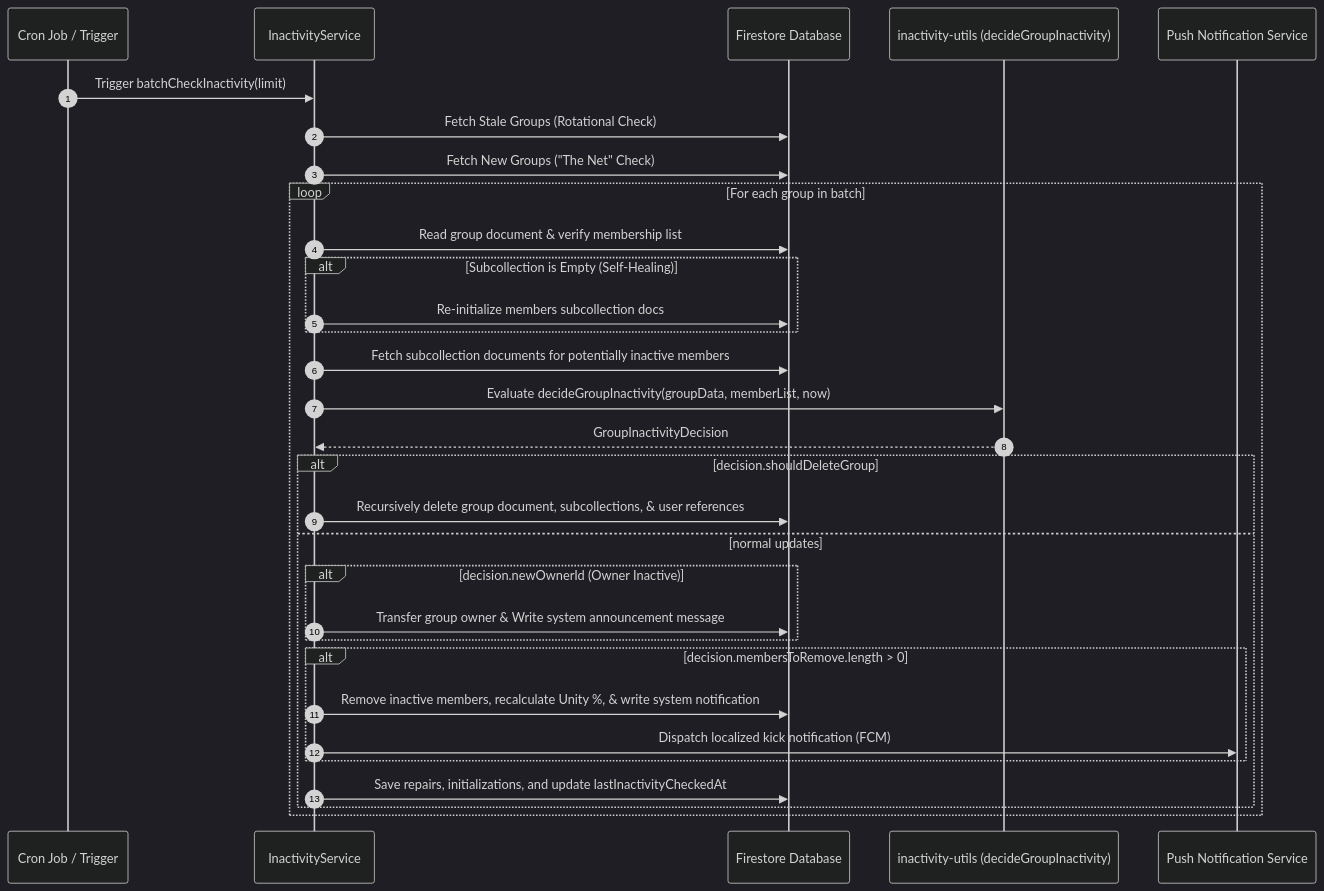
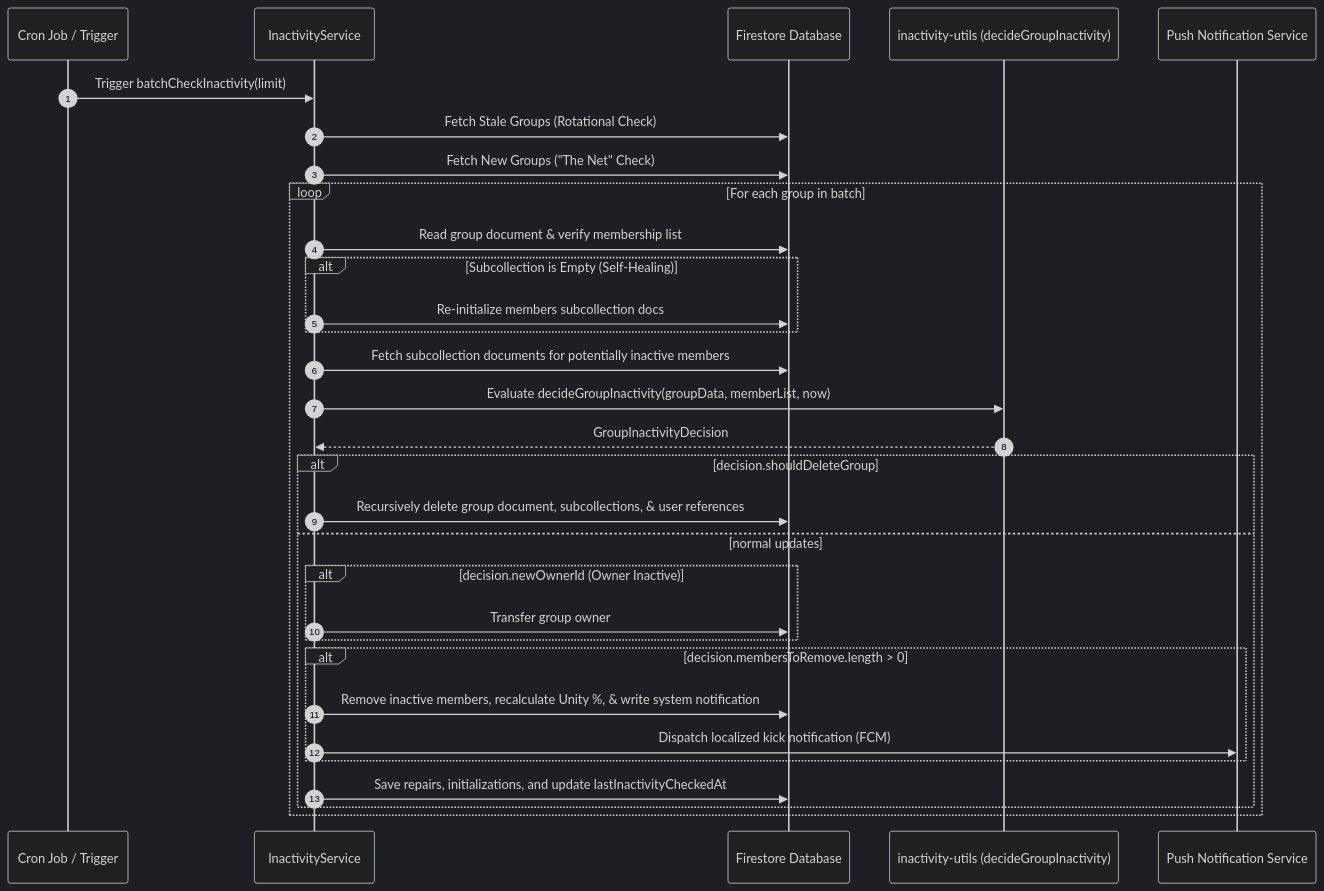
The diagram in docs/inactivity-and-autokick.md (ScriptureHabit/scripture-habit), drawn with Mermaid (dark theme) before and after one commit. The commit also changed other lines of this file and 1 other file, not shown here.

Commit message:
update documents

````diff
--- a/docs/inactivity-and-autokick.md
+++ b/docs/inactivity-and-autokick.md
@@ -13,35 +13,35 @@
 ```mermaid
 sequenceDiagram
     autonumber
     participant Cron as Cron Job / Trigger
     participant Service as InactivityService
     participant DB as Firestore Database
     participant Utils as inactivity-utils (decideGroupInactivity)
     participant FCM as Push Notification Service
 
     Cron->>Service: Trigger batchCheckInactivity(limit)
     Service->>DB: Fetch Stale Groups (Rotational Check)
     Service->>DB: Fetch New Groups ("The Net" Check)
     loop For each group in batch
         Service->>DB: Read group document & verify membership list
         alt Subcollection is Empty (Self-Healing)
             Service->>DB: Re-initialize members subcollection docs
         end
         Service->>DB: Fetch subcollection documents for potentially inactive members
         Service->>Utils: Evaluate decideGroupInactivity(groupData, memberList, now)
         Utils-->>Service: GroupInactivityDecision
         
         alt decision.shouldDeleteGroup
             Service->>DB: Recursively delete group document, subcollections, & user references
         else normal updates
             alt decision.newOwnerId (Owner Inactive)
-                Service->>DB: Transfer group owner & Write system announcement message
+                Service->>DB: Transfer group owner
             end
             alt decision.membersToRemove.length > 0
                 Service->>DB: Remove inactive members, recalculate Unity %, & write system notification
                 Service->>FCM: Dispatch localized kick notification (FCM)
             end
             Service->>DB: Save repairs, initializations, and update lastInactivityCheckedAt
         end
     end
 ```
````
